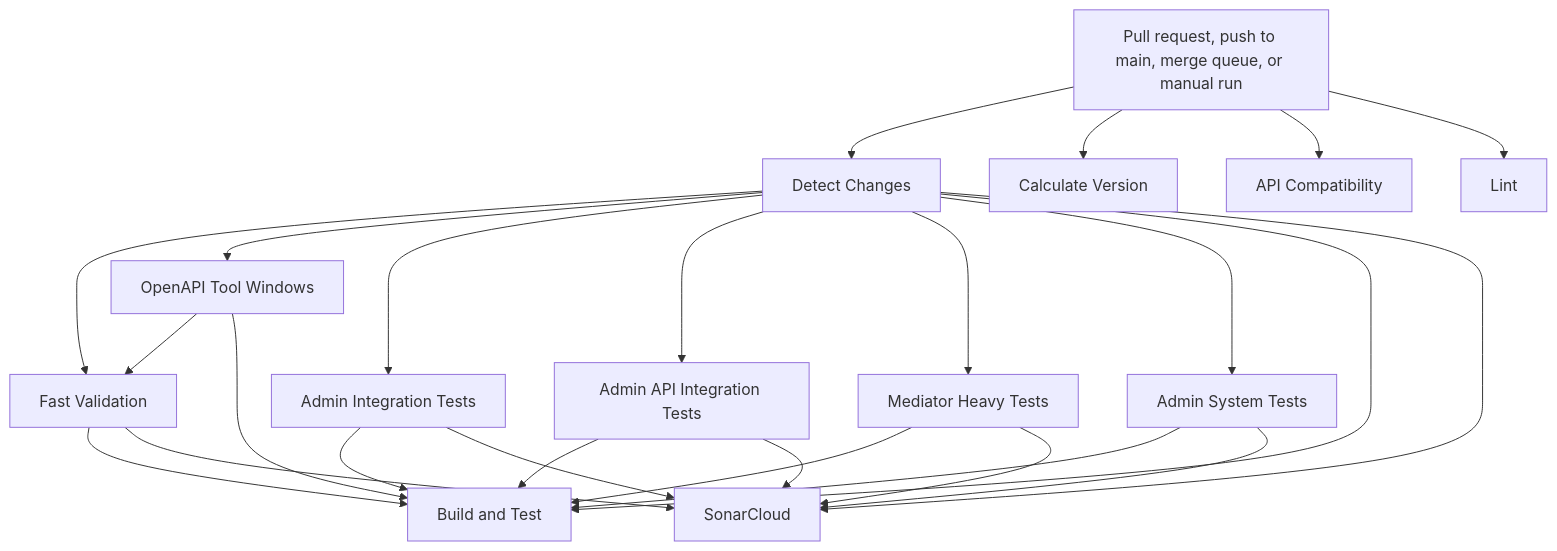
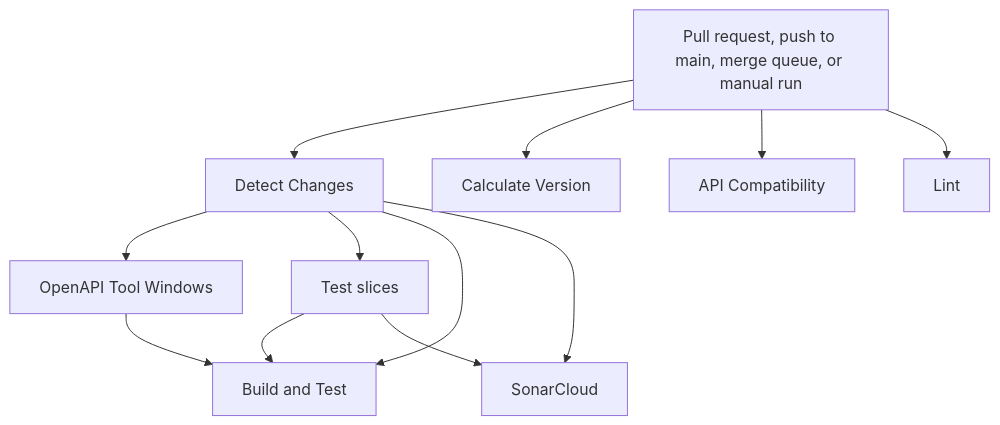
Before and after one commit to danigutsch/ViajantesTurismo: the first of 3 diagrams in docs/architecture/ci-validation-flows.md, drawn with Mermaid. The commit also changed 8 other files, not shown here.

````diff
--- a/docs/architecture/ci-validation-flows.md
+++ b/docs/architecture/ci-validation-flows.md
@@ -13,40 +13,23 @@
 ```mermaid
 flowchart TB
     trigger[Pull request, push to main, merge queue, or manual run]
     detect_changes[Detect Changes]
     calculate_version[Calculate Version]
-    fast_validation[Fast Validation]
     openapi_tool_windows[OpenAPI Tool Windows]
-    admin_integration_tests[Admin Integration Tests]
-    admin_api_integration_tests[Admin API Integration Tests]
-    mediator_heavy_tests[Mediator Heavy Tests]
-    admin_system_tests[Admin System Tests]
+    test_slices[Test slices]
     build_and_test[Build and Test]
     api_compatibility[API Compatibility]
     sonarcloud[SonarCloud]
     lint[Lint]
     trigger --> detect_changes
     trigger --> calculate_version
-    detect_changes --> fast_validation
-    openapi_tool_windows --> fast_validation
     detect_changes --> openapi_tool_windows
-    detect_changes --> admin_integration_tests
-    detect_changes --> admin_api_integration_tests
-    detect_changes --> mediator_heavy_tests
-    detect_changes --> admin_system_tests
+    detect_changes --> test_slices
     detect_changes --> build_and_test
-    fast_validation --> build_and_test
-    admin_integration_tests --> build_and_test
-    admin_api_integration_tests --> build_and_test
-    mediator_heavy_tests --> build_and_test
-    admin_system_tests --> build_and_test
+    test_slices --> build_and_test
     openapi_tool_windows --> build_and_test
     trigger --> api_compatibility
     detect_changes --> sonarcloud
-    fast_validation --> sonarcloud
-    admin_integration_tests --> sonarcloud
-    admin_api_integration_tests --> sonarcloud
-    mediator_heavy_tests --> sonarcloud
-    admin_system_tests --> sonarcloud
+    test_slices --> sonarcloud
     trigger --> lint
 ```
````
